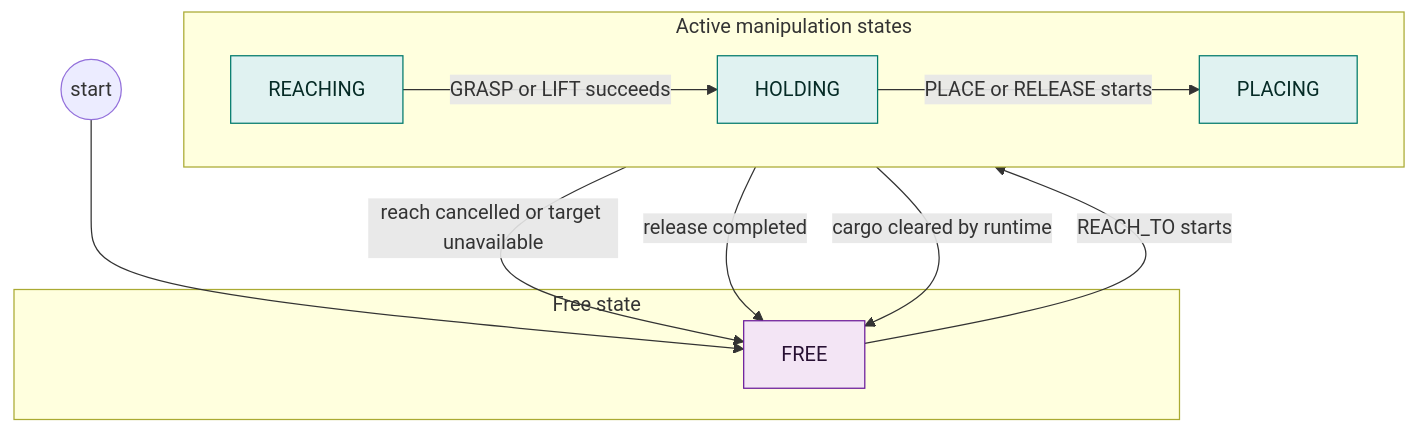
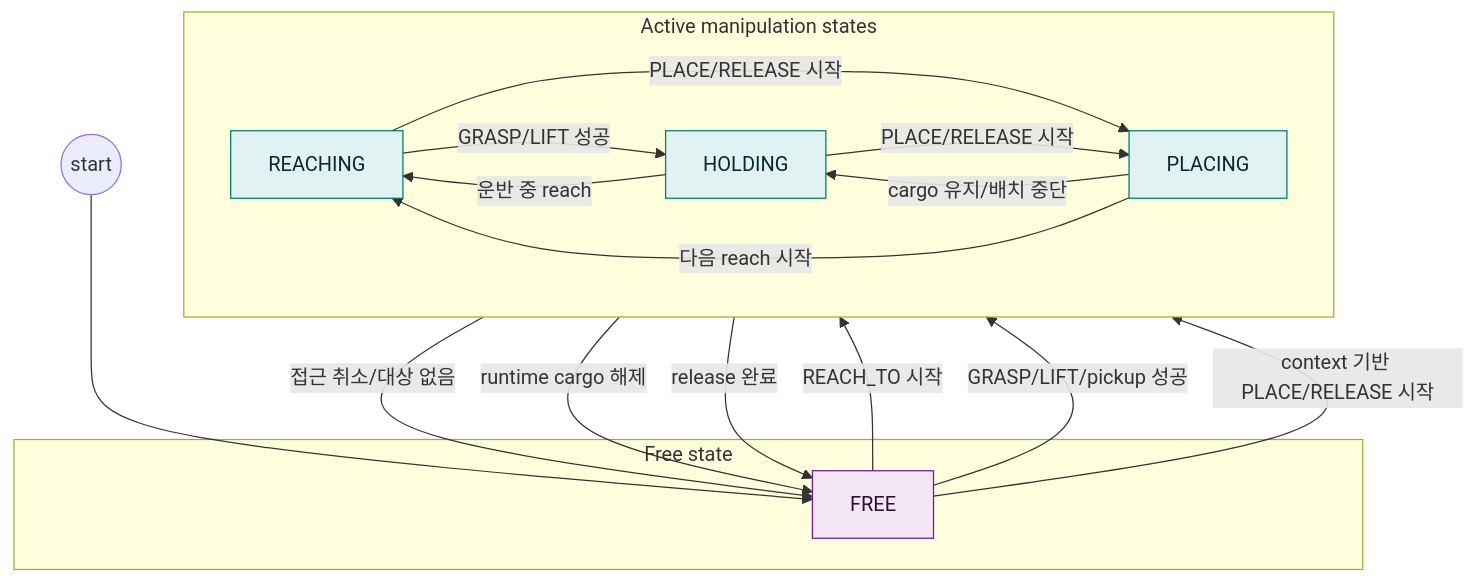
The fourth of 4 diagrams in docs/state_reference.md (Ha-An/HumanoidSim), drawn with Mermaid before and after one commit. The commit also changed other lines of this file and 2 other files, not shown here.

````diff
--- a/docs/state_reference.md
+++ b/docs/state_reference.md
@@ -284,28 +300,34 @@
 ```mermaid
 flowchart TB
     start((start)) --> FREE
 
     subgraph MANIP_FREE["Free state"]
         FREE
     end
 
     subgraph MANIP_ACTIVE["Active manipulation states"]
         direction LR
         REACHING
         HOLDING
         PLACING
 
-        REACHING -->|GRASP or LIFT succeeds| HOLDING
-        HOLDING -->|PLACE or RELEASE starts| PLACING
+        REACHING -->|GRASP/LIFT 성공| HOLDING
+        REACHING -->|PLACE/RELEASE 시작| PLACING
+        REACHING -->|접근 취소/대상 없음| FREE
+        HOLDING -->|PLACE/RELEASE 시작| PLACING
+        HOLDING -->|운반 중 reach| REACHING
+        HOLDING -->|runtime cargo 해제| FREE
+        PLACING -->|cargo 유지/배치 중단| HOLDING
+        PLACING -->|다음 reach 시작| REACHING
     end
 
-    FREE -->|REACH_TO starts| REACHING
-    REACHING -->|reach cancelled or target unavailable| FREE
-    PLACING -->|release completed| FREE
-    HOLDING -->|cargo cleared by runtime| FREE
+    FREE -->|REACH_TO 시작| REACHING
+    FREE -->|GRASP/LIFT/pickup 성공| HOLDING
+    FREE -->|context 기반 PLACE/RELEASE 시작| PLACING
+    PLACING -->|release 완료| FREE
 
     classDef manipFree fill:#f3e5f5,stroke:#6a1b9a,color:#271033
     classDef manipActive fill:#e0f2f1,stroke:#00796b,color:#052b26
     class FREE manipFree
     class REACHING,HOLDING,PLACING manipActive
 ```
````
